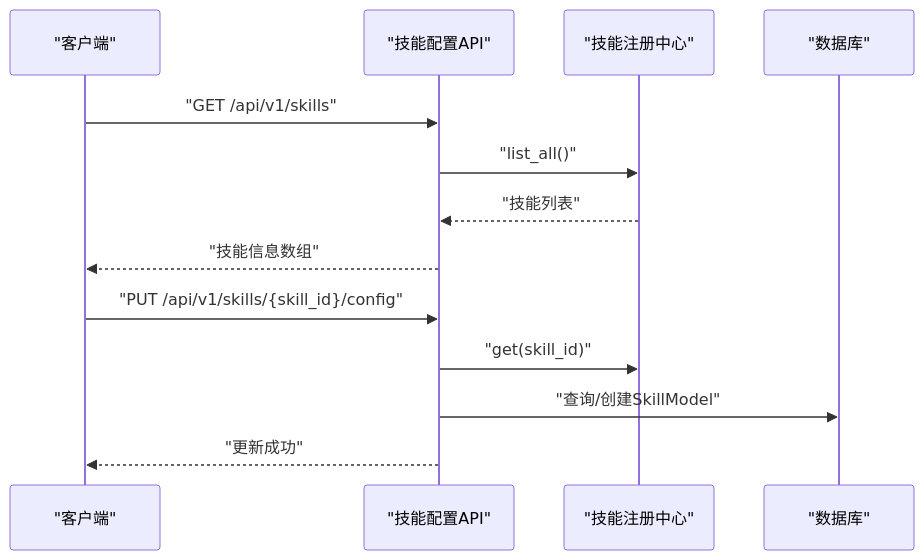
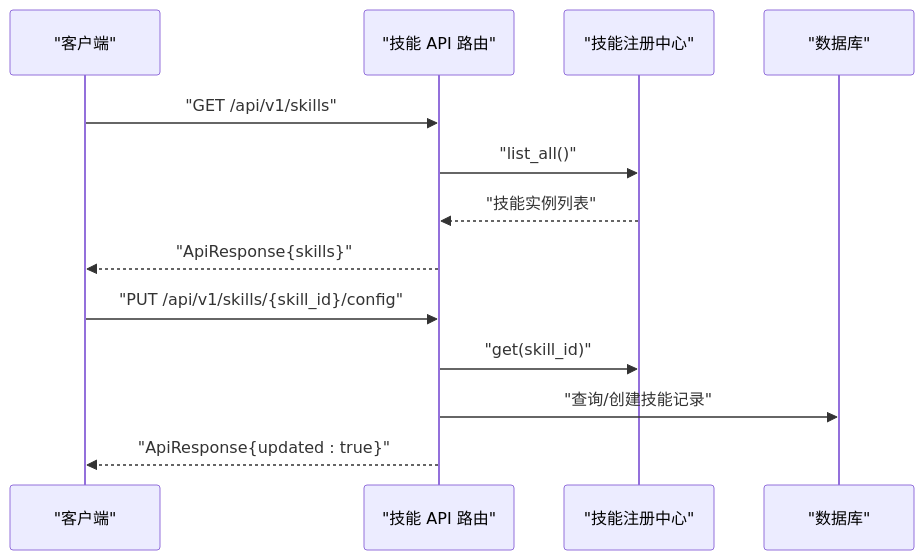
Before and after one commit to sansansansansan2022-web/hotclaw: the fifth of 7 diagrams in .qoder/repowiki/zh/content/技能系统/技能系统.md, drawn with Mermaid. The commit also changed other lines of this file and 288 other files, not shown here.

````diff
--- a/.qoder/repowiki/zh/content/技能系统/技能系统.md
+++ b/.qoder/repowiki/zh/content/技能系统/技能系统.md
@@ -184,15 +210,15 @@
 ```mermaid
 sequenceDiagram
 participant Client as "客户端"
-participant API as "技能配置API"
+participant API as "技能 API 路由"
 participant Registry as "技能注册中心"
 participant DB as "数据库"
 Client->>API : "GET /api/v1/skills"
 API->>Registry : "list_all()"
-Registry-->>API : "技能列表"
-API-->>Client : "技能信息数组"
+Registry-->>API : "技能实例列表"
+API-->>Client : "ApiResponse{skills}"
 Client->>API : "PUT /api/v1/skills/{skill_id}/config"
 API->>Registry : "get(skill_id)"
-API->>DB : "查询/创建SkillModel"
-API-->>Client : "更新成功"
+API->>DB : "查询/创建技能记录"
+API-->>Client : "ApiResponse{updated : true}"
 ```
````
